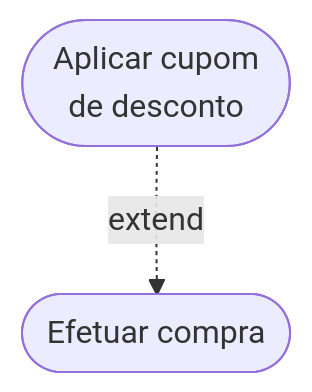
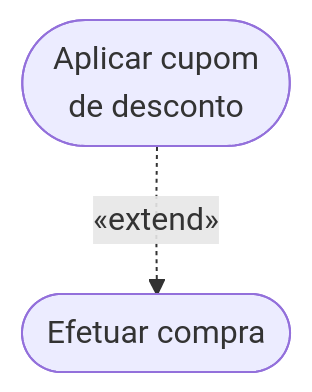
One commit to leorruas/puc changed the eighth of 11 diagrams in 07. Engenharia de Requisitos/08. Modelagem de requisitos com casos de uso e especificações textuais.md. Above: the diagram before and after it, drawn with Mermaid. The commit also changed other lines of this file, not shown here.

Commit message:
style(requisitos): aproximar casos de uso da notação uml

````diff
--- a/07. Engenharia de Requisitos/08. Modelagem de requisitos com casos de uso e especificações textuais.md
+++ b/07. Engenharia de Requisitos/08. Modelagem de requisitos com casos de uso e especificações textuais.md
@@ -205,4 +201,4 @@
 ```mermaid
 flowchart TD
-    Cupom(["Aplicar cupom<br>de desconto"]) -.->|extend| Compra(["Efetuar compra"])
+    Cupom(["Aplicar cupom<br>de desconto"]):::component -.->|"«extend»"| Compra(["Efetuar compra"]):::core
 ```
````
